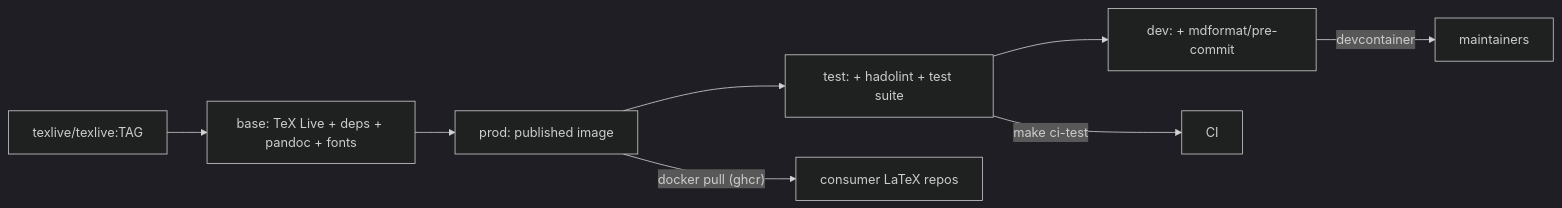
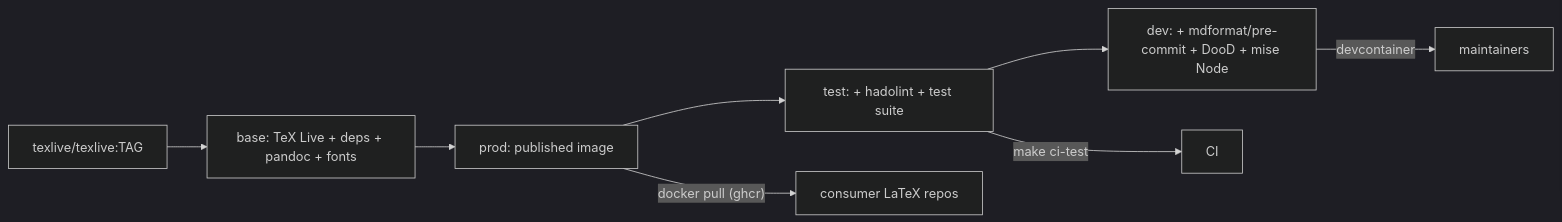
One commit to Vesynta/latex-infrastructure changed the diagram in README.md. Above: the diagram before and after it, drawn with Mermaid (dark theme). The commit also changed other lines of this file and 19 other files, not shown here.

Commit message:
feat(docker): bake DooD and team MCP into the DevContainer

````diff
--- a/README.md
+++ b/README.md
@@ -52,10 +29,10 @@
 ```mermaid
 flowchart LR
   src["texlive/texlive:TAG"] --> base["base: TeX Live + deps + pandoc + fonts"]
   base --> prod["prod: published image"]
   prod --> test["test: + hadolint + test suite"]
-  test --> dev["dev: + mdformat/pre-commit"]
+  test --> dev["dev: + mdformat/pre-commit + DooD + mise Node"]
   prod -->|"docker pull (ghcr)"| consumers["consumer LaTeX repos"]
   dev -->|"devcontainer"| maint["maintainers"]
   test -->|"make ci-test"| ci["CI"]
 ```
````
